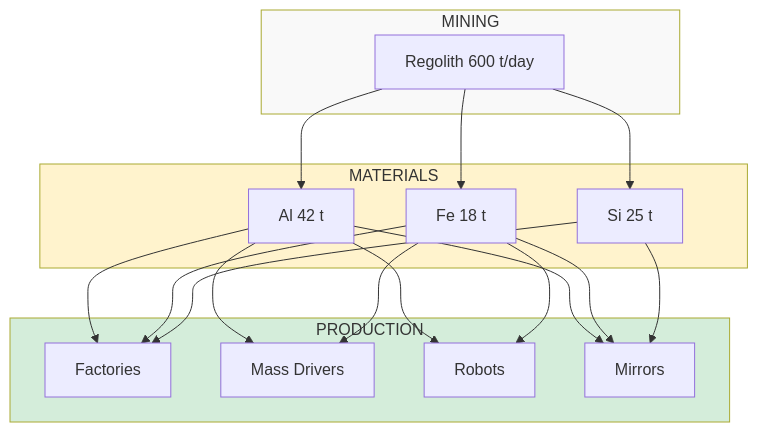
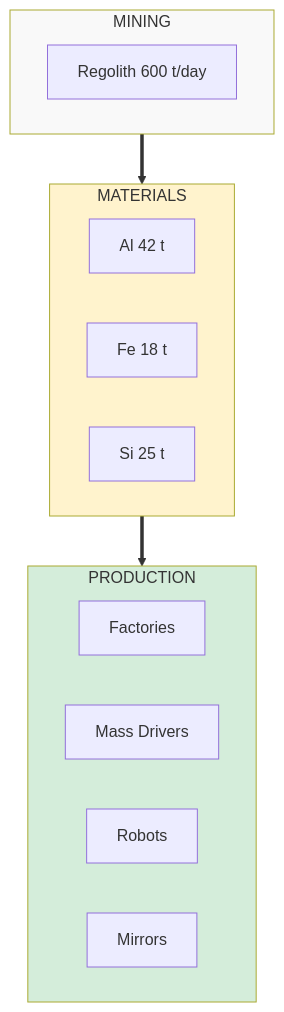
One commit to DmitryNasikanov/infinite-energy changed the first of 2 diagrams in en/science/detailed/production/overview.qmd. Above: the diagram before and after it, drawn with Mermaid. The commit also changed other lines of this file and 71 other files, not shown here.

````diff
--- a/en/science/detailed/production/overview.qmd
+++ b/en/science/detailed/production/overview.qmd
@@ -96,40 +96,25 @@
 ```{mermaid}
 flowchart TD
     subgraph MINING["MINING"]
         REG["Regolith 600 t/day"]
     end
 
     subgraph MATERIALS["MATERIALS"]
         AL["Al 42 t"]
         FE["Fe 18 t"]
         SI["Si 25 t"]
     end
 
     subgraph PRODUCTION["PRODUCTION"]
         FAC["Factories"]
         RG["Mass Drivers"]
         ROB["Robots"]
         MIR["Mirrors"]
     end
 
-    REG --> AL
-    REG --> FE
-    REG --> SI
-
-    AL --> FAC
-    AL --> RG
-    AL --> ROB
-    AL --> MIR
-
-    FE --> FAC
-    FE --> RG
-    FE --> ROB
-    FE --> MIR
-
-    SI --> FAC
-    SI --> MIR
+    MINING ==> MATERIALS ==> PRODUCTION
 
     style MINING fill:#f9f9f9
     style MATERIALS fill:#fff3cd
     style PRODUCTION fill:#d4edda
 ```
````
